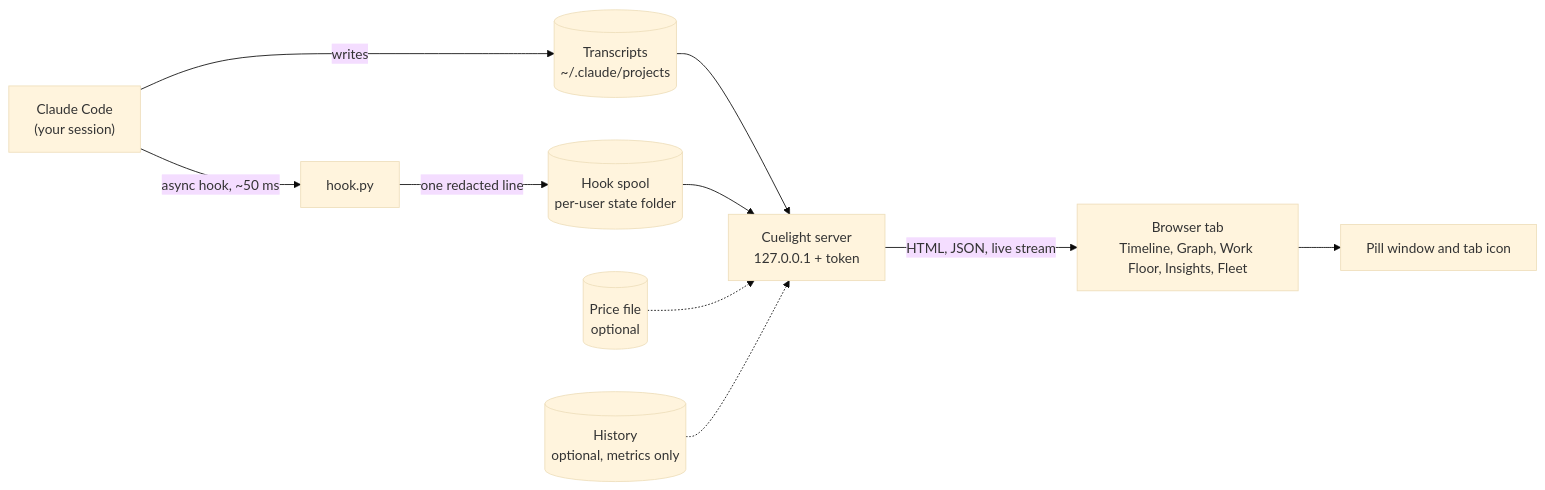
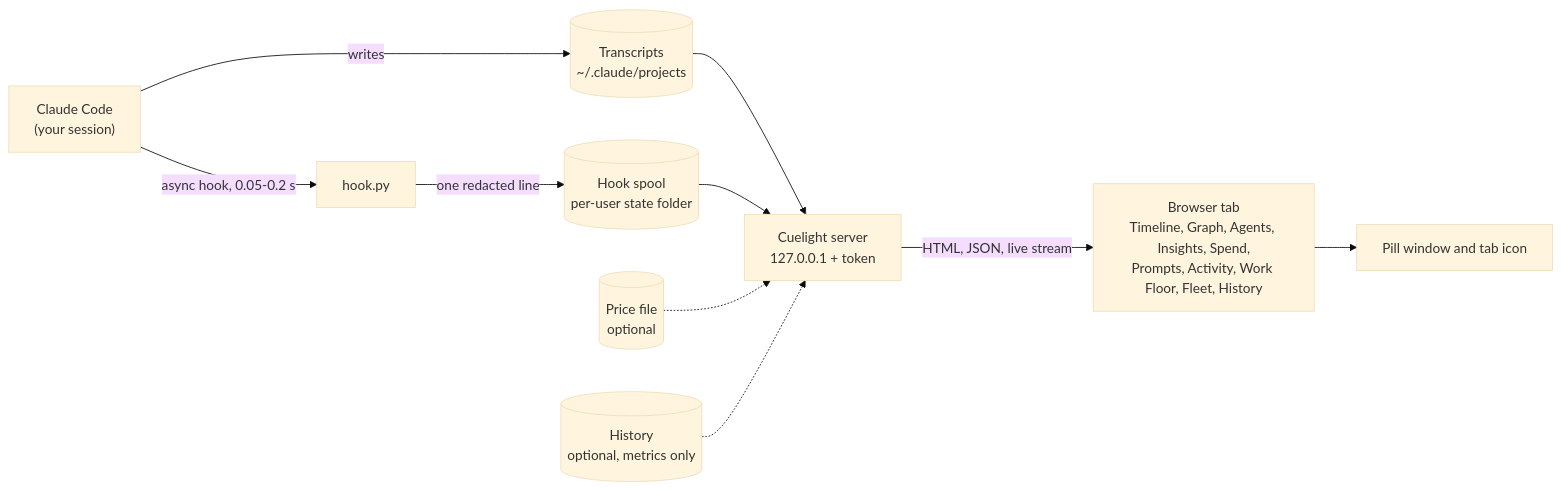
The first of 2 diagrams in docs/WORKFLOW.md (chandan12ar/claude-orchestra), drawn with Mermaid (base theme) before and after one commit. The commit also changed 16 other files, not shown here.

First line of the commit message:
0.21.3: audit after the directory review - graph 0 key, credential guard, docs

````diff
--- a/docs/WORKFLOW.md
+++ b/docs/WORKFLOW.md
@@ -9,12 +9,12 @@
 ```mermaid
 flowchart LR
   CC["Claude Code<br/>(your session)"] -->|writes| TR[("Transcripts<br/>~/.claude/projects")]
-  CC -->|"async hook, ~50 ms"| HK["hook.py"]
+  CC -->|"async hook, 0.05-0.2 s"| HK["hook.py"]
   HK -->|"one redacted line"| SP[("Hook spool<br/>per-user state folder")]
   TR --> SV
   SP --> SV
-  SV["Cuelight server<br/>127.0.0.1 + token"] -->|"HTML, JSON, live stream"| UI["Browser tab<br/>Timeline, Graph, Work Floor, Insights, Fleet"]
+  SV["Cuelight server<br/>127.0.0.1 + token"] -->|"HTML, JSON, live stream"| UI["Browser tab<br/>Timeline, Graph, Agents, Insights, Spend,<br/>Prompts, Activity, Work Floor, Fleet, History"]
   UI --> PILL["Pill window and tab icon"]
   PR[("Price file<br/>optional")] -.-> SV
   HI[("History<br/>optional, metrics only")] -.-> SV
 ```
````
